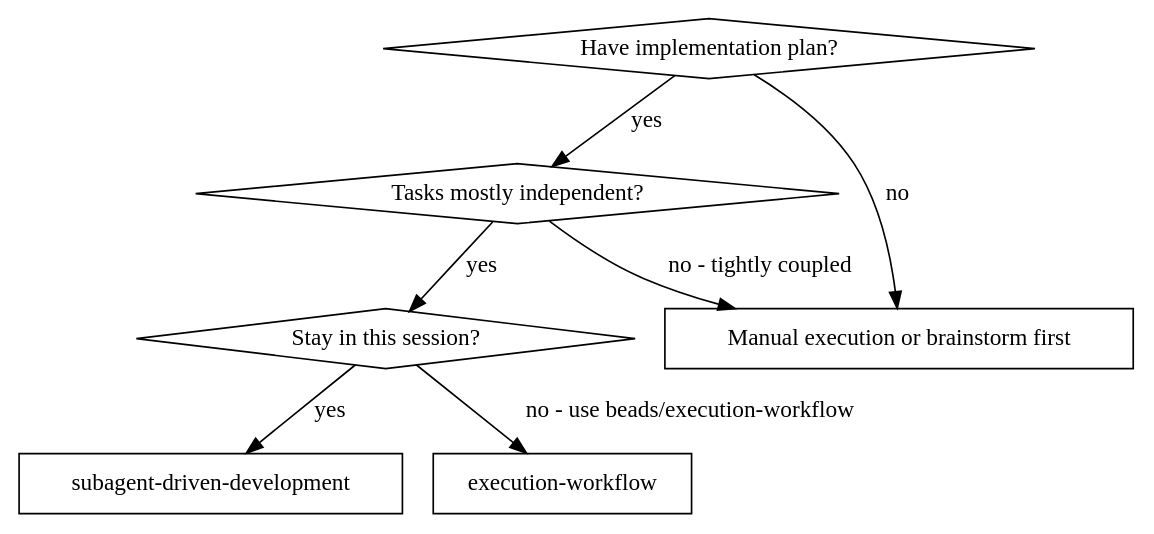
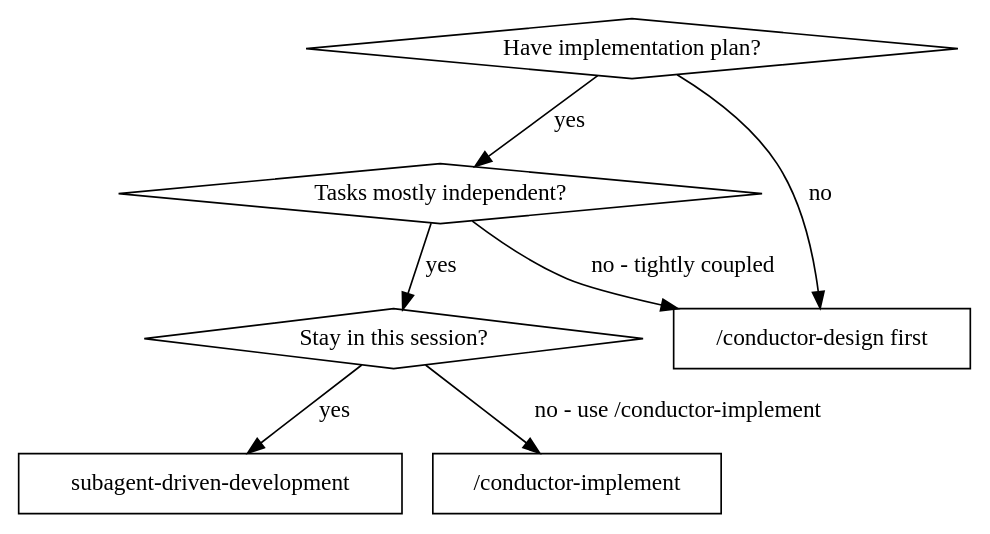
The first of 2 diagrams in skills/subagent-driven-development/SKILL.md (ReinaMacCredy/maestro), drawn with Graphviz before and after one commit. The commit also changed other lines of this file and 26 other files, not shown here.

First line of the commit message:
refactor: Remove `execution-workflow` and `brainstorming` skills, add `conductor-design` command, and update related skill and conductor documentation.

````diff
--- a/skills/subagent-driven-development/SKILL.md
+++ b/skills/subagent-driven-development/SKILL.md
@@ -14,17 +14,17 @@
 ```dot
 digraph when_to_use {
     "Have implementation plan?" [shape=diamond];
     "Tasks mostly independent?" [shape=diamond];
     "Stay in this session?" [shape=diamond];
     "subagent-driven-development" [shape=box];
-    "execution-workflow" [shape=box];
-    "Manual execution or brainstorm first" [shape=box];
+    "/conductor-implement" [shape=box];
+    "/conductor-design first" [shape=box];
 
     "Have implementation plan?" -> "Tasks mostly independent?" [label="yes"];
-    "Have implementation plan?" -> "Manual execution or brainstorm first" [label="no"];
+    "Have implementation plan?" -> "/conductor-design first" [label="no"];
     "Tasks mostly independent?" -> "Stay in this session?" [label="yes"];
-    "Tasks mostly independent?" -> "Manual execution or brainstorm first" [label="no - tightly coupled"];
+    "Tasks mostly independent?" -> "/conductor-design first" [label="no - tightly coupled"];
     "Stay in this session?" -> "subagent-driven-development" [label="yes"];
-    "Stay in this session?" -> "execution-workflow" [label="no - use beads/execution-workflow"];
+    "Stay in this session?" -> "/conductor-implement" [label="no - use /conductor-implement"];
 }
 ```
````
